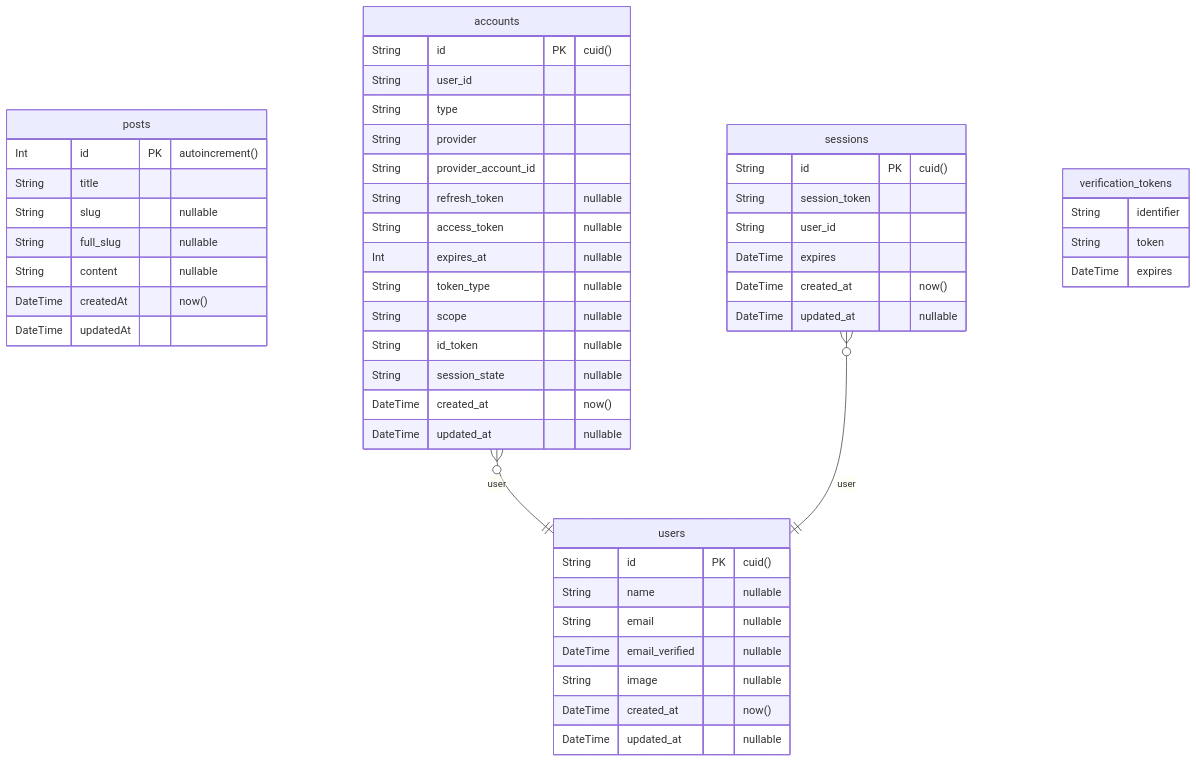
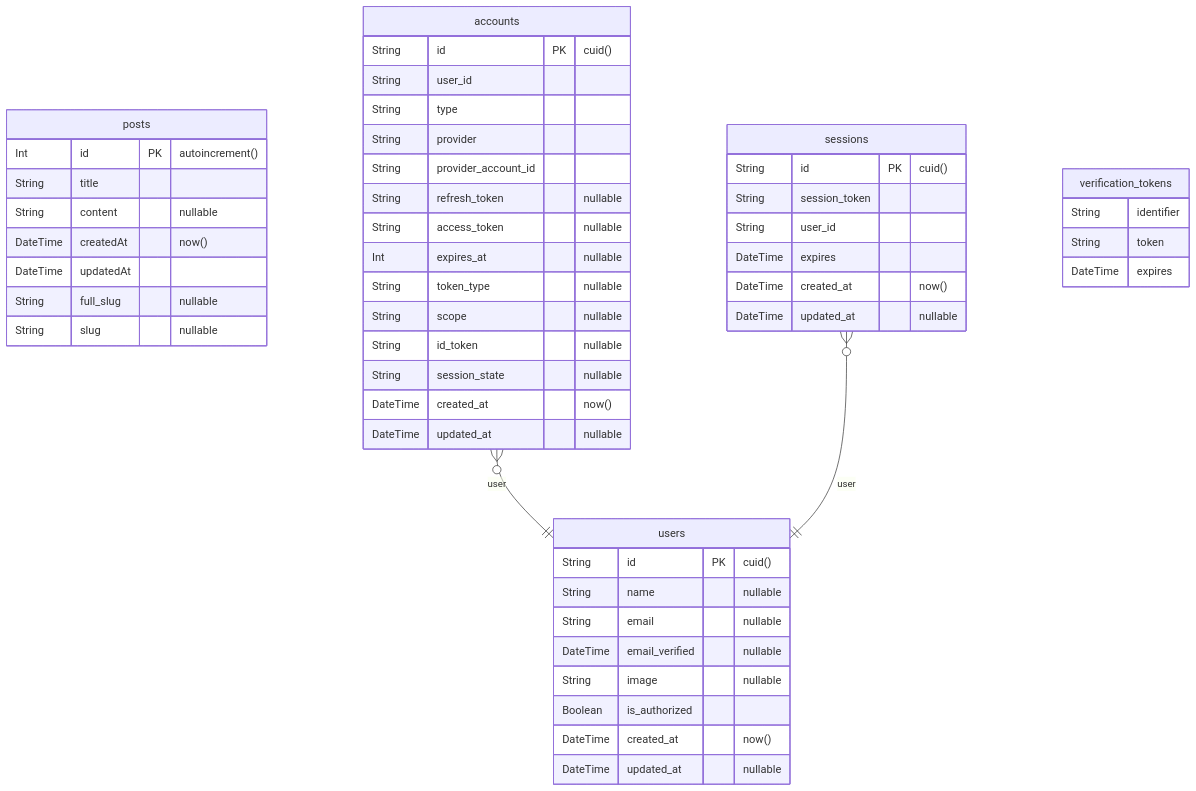
One commit to boleknowak/piotrdoniak.com changed the diagram in prisma/ERD.md. Above: the diagram before and after it, drawn with Mermaid. The commit also changed 15 other files, not shown here.

````diff
--- a/prisma/ERD.md
+++ b/prisma/ERD.md
@@ -1,53 +1,54 @@
 ```mermaid
 erDiagram
 	posts {
 		Int id PK  "autoincrement()"
 		String title
-		String slug  "nullable"
-		String full_slug  "nullable"
 		String content  "nullable"
 		DateTime createdAt  "now()"
 		DateTime updatedAt
+		String full_slug  "nullable"
+		String slug  "nullable"
 	}
 	accounts {
 		String id PK  "cuid()"
 		String user_id
 		String type
 		String provider
 		String provider_account_id
 		String refresh_token  "nullable"
 		String access_token  "nullable"
 		Int expires_at  "nullable"
 		String token_type  "nullable"
 		String scope  "nullable"
 		String id_token  "nullable"
 		String session_state  "nullable"
 		DateTime created_at  "now()"
 		DateTime updated_at  "nullable"
 	}
 	sessions {
 		String id PK  "cuid()"
 		String session_token
 		String user_id
 		DateTime expires
 		DateTime created_at  "now()"
 		DateTime updated_at  "nullable"
 	}
 	users {
 		String id PK  "cuid()"
 		String name  "nullable"
 		String email  "nullable"
 		DateTime email_verified  "nullable"
 		String image  "nullable"
+		Boolean is_authorized
 		DateTime created_at  "now()"
 		DateTime updated_at  "nullable"
 	}
 	verification_tokens {
 		String identifier
 		String token
 		DateTime expires
 	}
 	accounts }o--|| users : user
 	sessions }o--|| users : user
 
 ```
````
